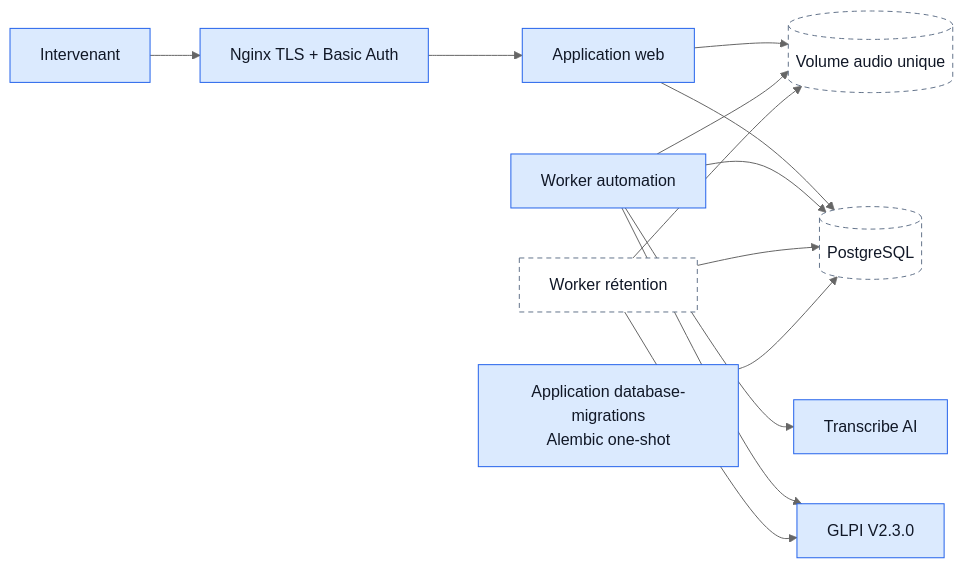
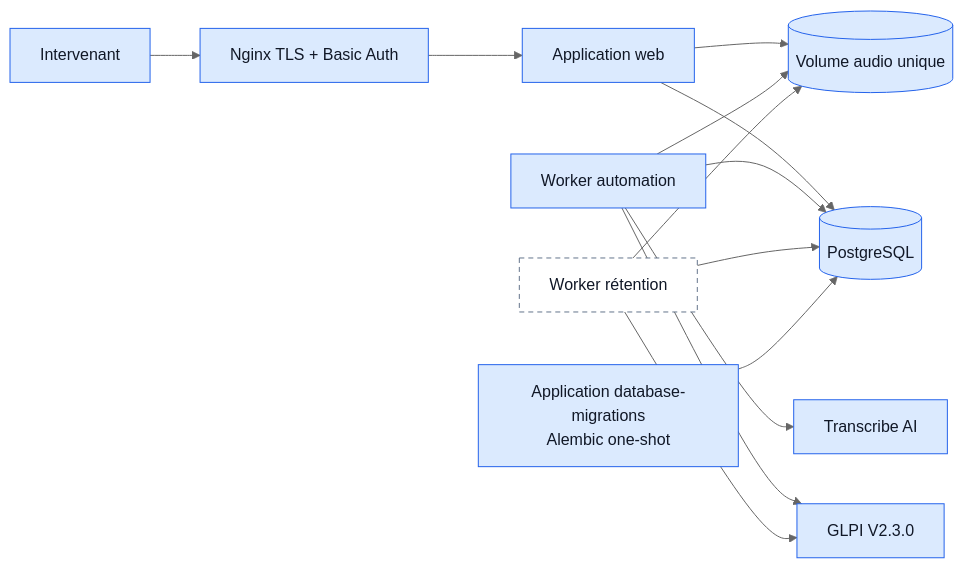
Before and after one commit to dev-vauclaire/mevo2glpi: the second of 6 diagrams in docs/mvp-architecture.md, drawn with Mermaid (neutral theme). The commit also changed other lines of this file and 64 other files, not shown here.

````diff
--- a/docs/mvp-architecture.md
+++ b/docs/mvp-architecture.md
@@ -196,22 +212,22 @@
 ```mermaid
 flowchart LR
     User[Intervenant]:::implemented --> Nginx[Nginx TLS + Basic Auth]:::implemented
     Nginx --> Web[Application web]:::implemented
 
-    Web --> Audio[(Volume audio unique)]:::future
-    Web --> Database[(PostgreSQL)]:::future
+    Web --> Audio[(Volume audio unique)]:::implemented
+    Web --> Database[(PostgreSQL)]:::implemented
 
     Automation[Worker automation]:::implemented --> Audio
     Automation --> Database
     Automation --> Transcribe[Transcribe AI]:::implemented
     Automation --> Glpi[GLPI V2.3.0]:::implemented
 
     Retention[Worker rétention]:::future --> Audio
     Retention --> Database
     Retention --> Glpi
 
     Migration[Application database-migrations<br/>Alembic one-shot]:::implemented --> Database
 
     classDef implemented fill:#dbeafe,stroke:#2563eb,color:#111827;
     classDef future fill:#fff,stroke:#64748b,color:#111827,stroke-dasharray:5 4;
 ```
````
